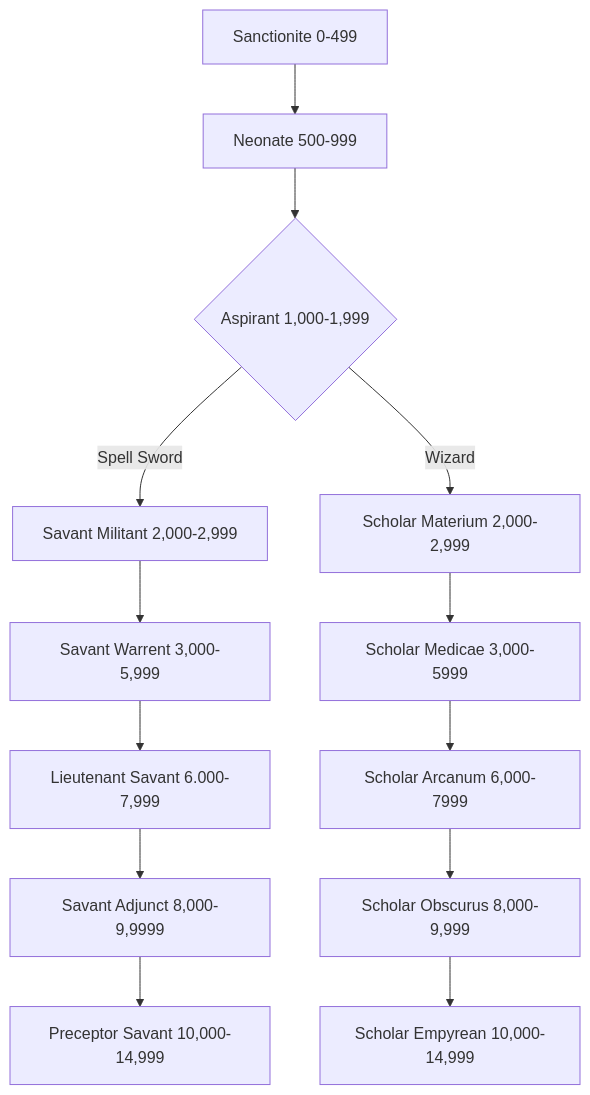
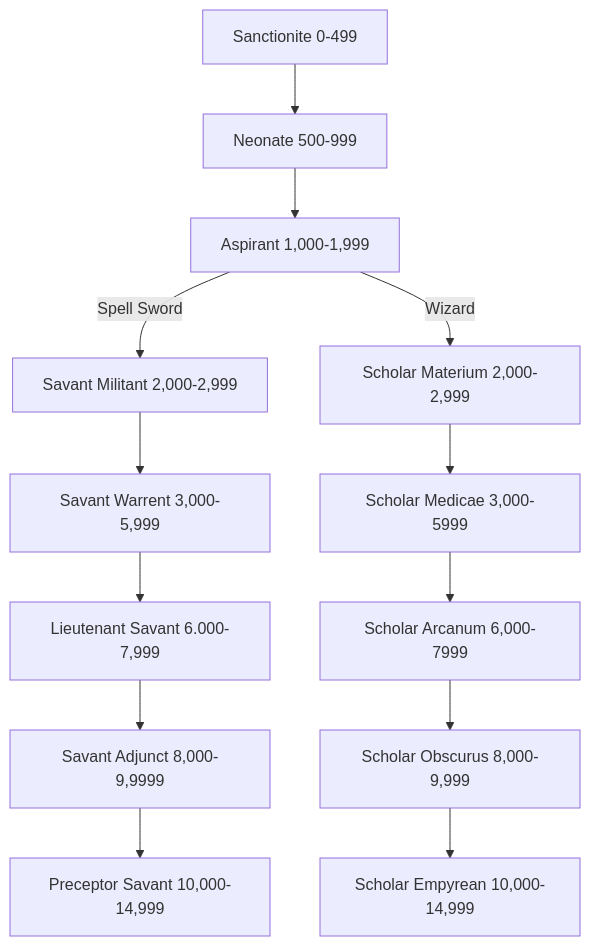
One commit to zyzyx159/Rule-books changed the diagram in Classes/Imperial Psyker.md. Above: the diagram before and after it, drawn with Mermaid. The commit also changed 3 other files, not shown here.

````diff
--- a/Classes/Imperial Psyker.md
+++ b/Classes/Imperial Psyker.md
@@ -25,15 +25,15 @@
 ```mermaid
 graph TD
 A[Sanctionite 0-499] --> B[Neonate 500-999];
-B --> C{Aspirant 1,000-1,999};
+B --> C[Aspirant 1,000-1,999];
 C -- Spell Sword --> D[Savant Militant 2,000-2,999];
 D --> E[Savant Warrent 3,000-5,999];
 E --> F[Lieutenant Savant 6.000-7,999]
 F --> G[Savant Adjunct 8,000-9,9999]
 G --> H[Preceptor Savant 10,000-14,999]
 C -- Wizard --> I[Scholar Materium 2,000-2,999]
 I --> J[Scholar Medicae 3,000-5999]
 J --> K[Scholar Arcanum 6,000-7999]
 K --> L[Scholar Obscurus 8,000-9,999]
 L --> M[Scholar Empyrean 10,000-14,999]
 ```
````
